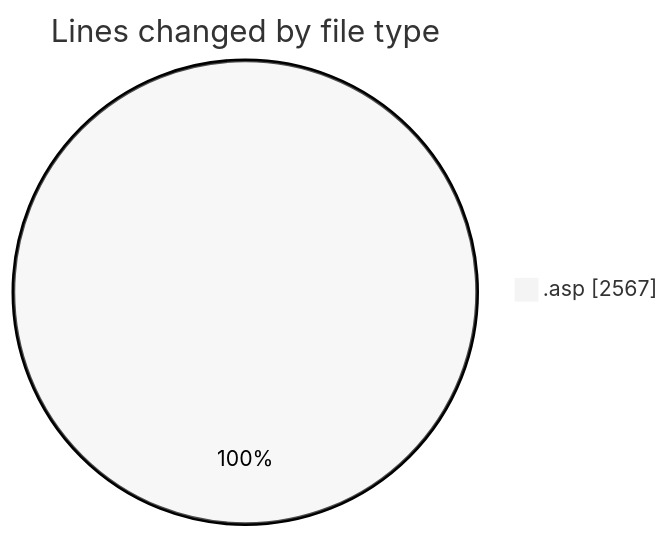
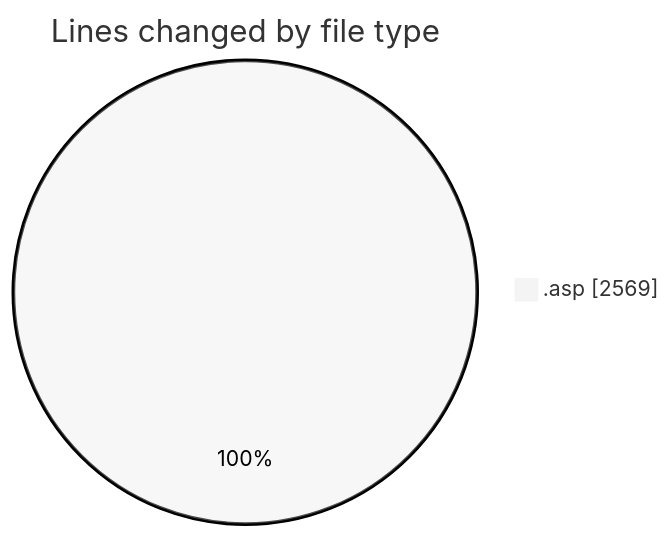
One commit to julien-gomy/code-tracking changed the first of 2 diagrams in 2025-10-31/cdp_aleoudev_fr__workspace_/README.md. Above: the diagram before and after it, drawn with Mermaid (neutral theme). The commit also changed other lines of this file and 1 other file, not shown here.

````diff
--- a/2025-10-31/cdp_aleoudev_fr__workspace_/README.md
+++ b/2025-10-31/cdp_aleoudev_fr__workspace_/README.md
@@ -21,5 +21,5 @@
 ```mermaid
 pie showData
 title Lines changed by file type
-".asp" : 2567
+".asp" : 2569
 ```
````
